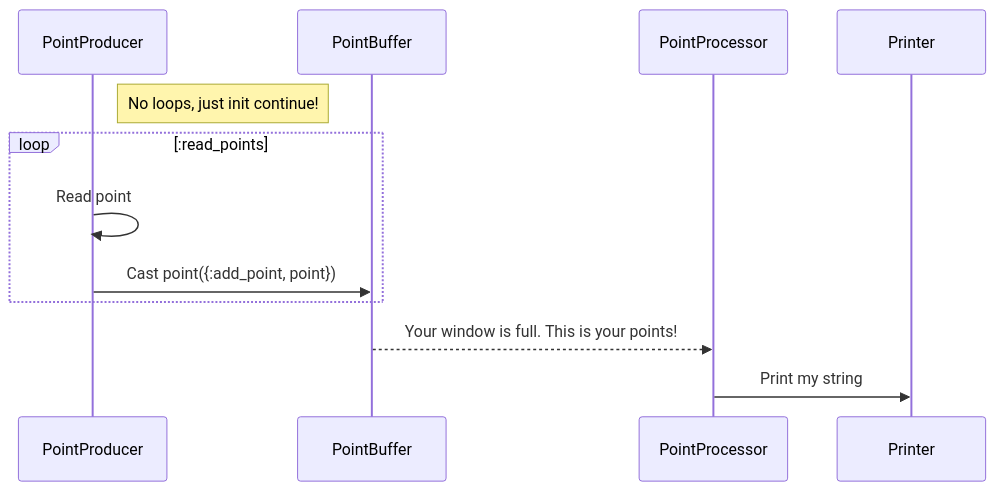
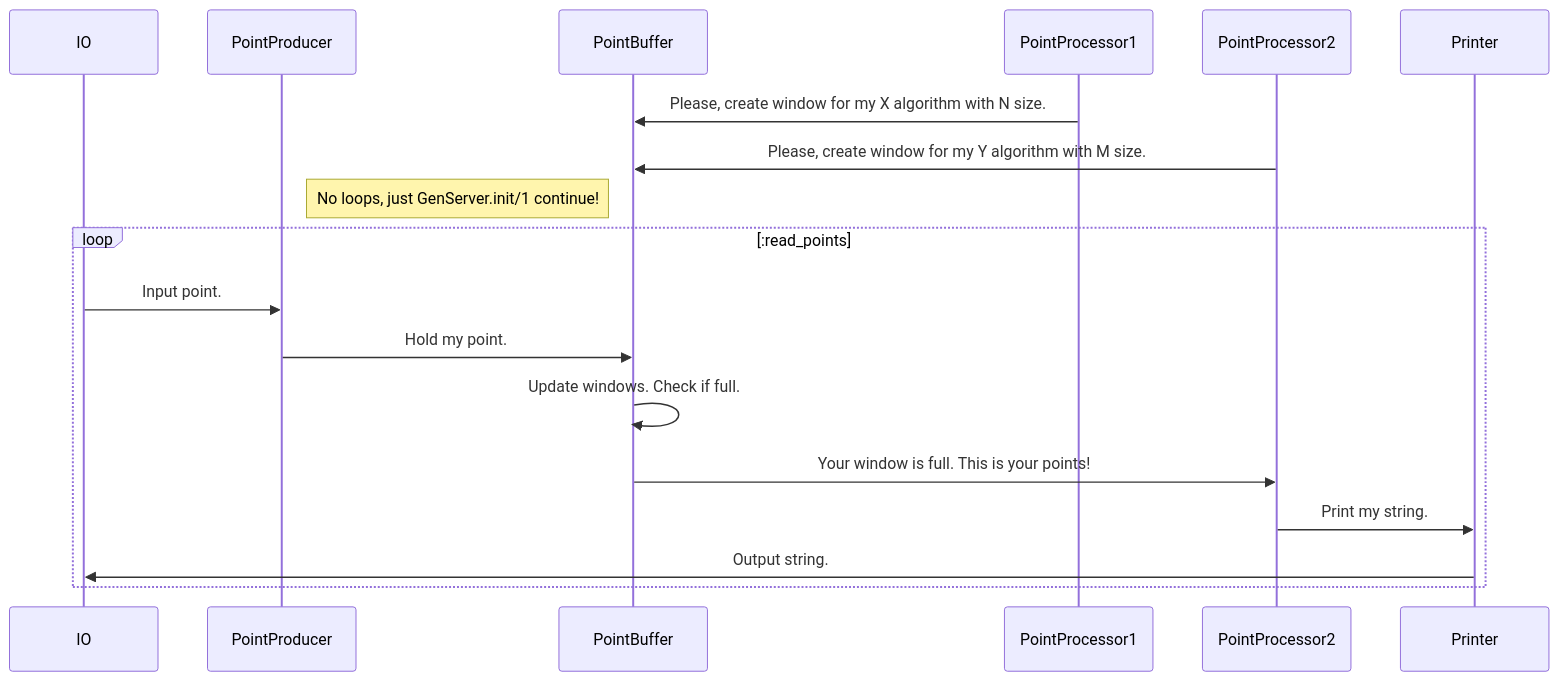
The diagram in apps/lab3/README.md (kamilchulakov/fp_labs), drawn with Mermaid before and after one commit.

Commit message:
LAB3: update readme

````diff
--- a/apps/lab3/README.md
+++ b/apps/lab3/README.md
@@ -71,14 +71,20 @@
 ```mermaid
 sequenceDiagram
+    participant IO
     participant PointProducer
     participant PointBuffer
-    participant PointProcessor
+    participant PointProcessor1
+    participant PointProcessor2
     participant Printer
-    Note right of PointProducer: No loops, just init continue!
+    PointProcessor1->>PointBuffer: Please, create window for my X algorithm with N size.
+    PointProcessor2->>PointBuffer: Please, create window for my Y algorithm with M size.
+    Note right of PointProducer: No loops, just GenServer.init/1 continue!
     loop :read_points
-        PointProducer->>PointProducer: Read point
-        PointProducer->>PointBuffer: Cast point({:add_point, point})
+        IO->>PointProducer: Input point.
+        PointProducer->>PointBuffer: Hold my point.
+        PointBuffer->>PointBuffer: Update windows. Check if full.
+        PointBuffer->>PointProcessor2: Your window is full. This is your points!
+        PointProcessor2->>Printer: Print my string.
+        Printer->>IO: Output string.
     end
-    PointBuffer-->>PointProcessor: Your window is full. This is your points!
-    PointProcessor->>Printer: Print my string
 ```
````
